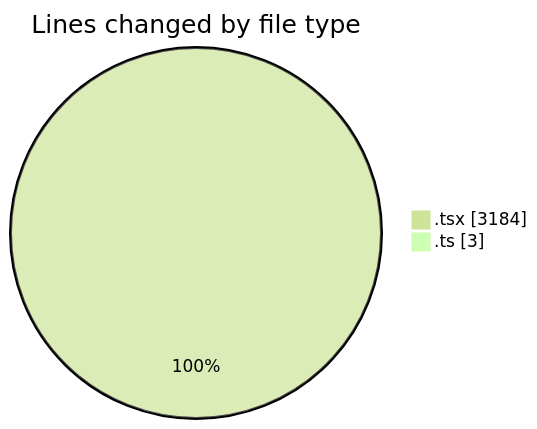
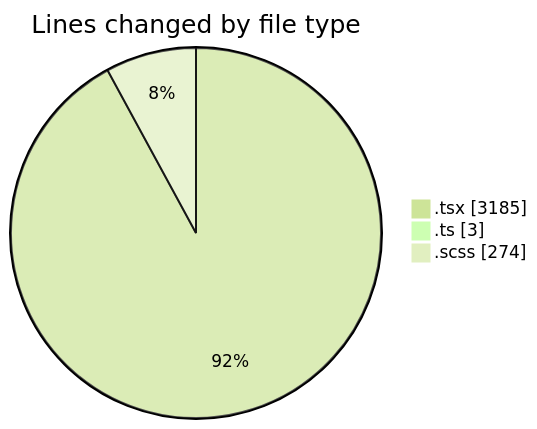
The first of 2 diagrams in 2025-11-17/cda/README.md (momahboobian/code-tracking), drawn with Mermaid (forest theme) before and after one commit. The commit also changed other lines of this file and 1 other file, not shown here.

````diff
--- a/2025-11-17/cda/README.md
+++ b/2025-11-17/cda/README.md
@@ -24,6 +25,7 @@
 ```mermaid
 pie showData
 title Lines changed by file type
-".tsx" : 3184
+".tsx" : 3185
 ".ts" : 3
+".scss" : 274
 ```
````
